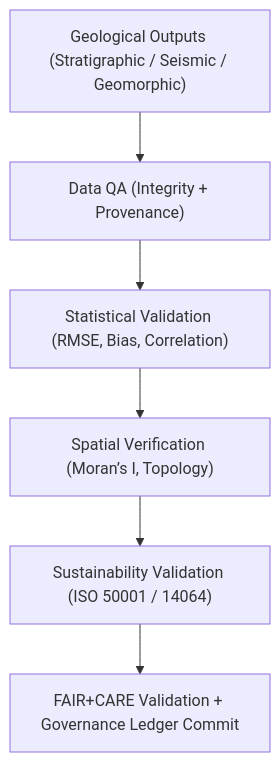
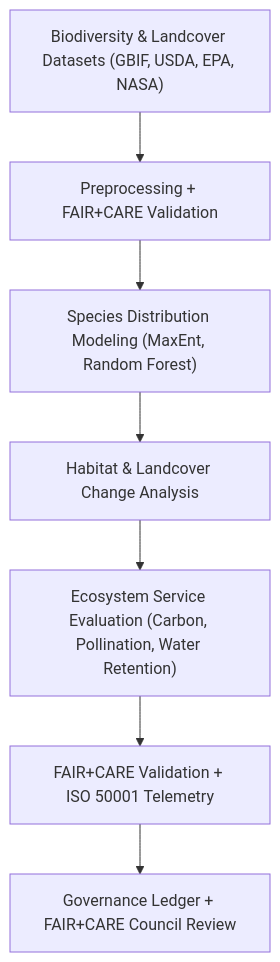
Before and after one commit to bartytime4life/Kansas-Frontier-Matrix: the diagram in docs/analyses/ecology/README.md, drawn with Mermaid. The commit also changed other lines of this file, not shown here.

````diff
--- a/docs/analyses/ecology/README.md
+++ b/docs/analyses/ecology/README.md
@@ -64,8 +77,9 @@
 ```mermaid
 flowchart TD
-  A["Geological Outputs (Stratigraphic / Seismic / Geomorphic)"] --> B["Data QA (Integrity + Provenance)"]
-  B --> C["Statistical Validation (RMSE, Bias, Correlation)"]
-  C --> D["Spatial Verification (Moran’s I, Topology)"]
-  D --> E["Sustainability Validation (ISO 50001 / 14064)"]
-  E --> F["FAIR+CARE Validation + Governance Ledger Commit"]
+  A["Biodiversity & Landcover Datasets (GBIF, USDA, EPA, NASA)"] --> B["Preprocessing + FAIR+CARE Validation"]
+  B --> C["Species Distribution Modeling (MaxEnt, Random Forest)"]
+  C --> D["Habitat & Landcover Change Analysis"]
+  D --> E["Ecosystem Service Evaluation (Carbon, Pollination, Water Retention)"]
+  E --> F["FAIR+CARE Validation + ISO 50001 Telemetry"]
+  F --> G["Governance Ledger + FAIR+CARE Council Review"]
 ```
````
